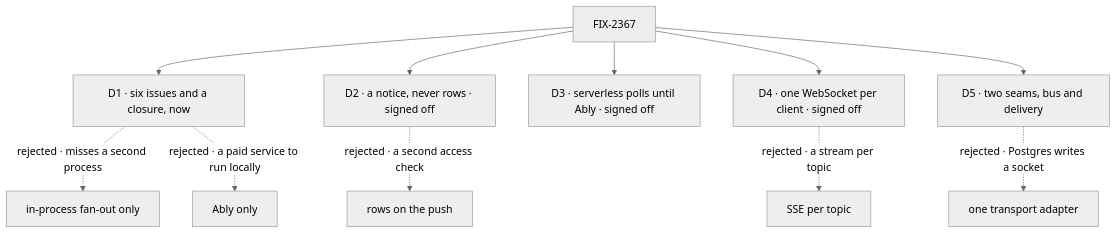
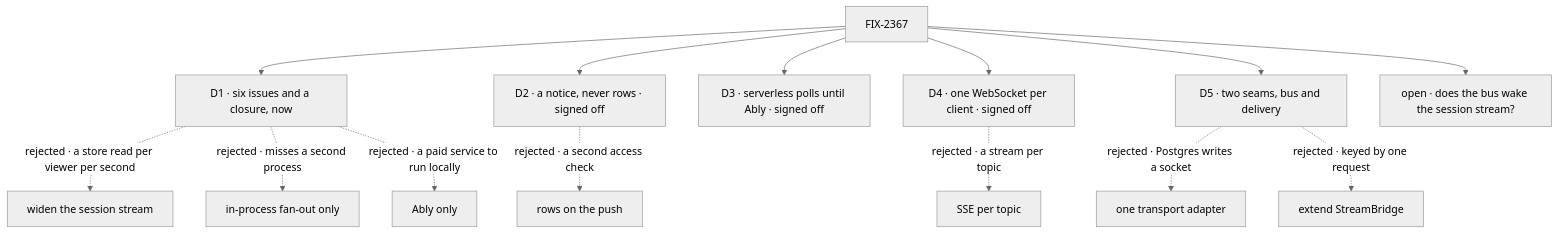
One commit to fixpoint-labs/flow-state-dev changed the diagram in specs/epics/FIX-2367/DECISIONS.md. Above: the diagram before and after it, drawn with Mermaid (neutral theme). The commit also changed other lines of this file and 3 other files, not shown here.

````diff
--- a/specs/epics/FIX-2367/DECISIONS.md
+++ b/specs/epics/FIX-2367/DECISIONS.md
@@ -11,13 +11,16 @@
 ```mermaid
 flowchart TD
   E["FIX-2367"] --> D1["D1 · six issues and a closure, now"]
+  D1 -.->|"rejected · a store read per viewer per second"| X1c["widen the session stream"]
   D1 -.->|"rejected · misses a second process"| X1["in-process fan-out only"]
   D1 -.->|"rejected · a paid service to run locally"| X1b["Ably only"]
   E --> D2["D2 · a notice, never rows · signed off"]
   D2 -.->|"rejected · a second access check"| X2["rows on the push"]
   E --> D3["D3 · serverless polls until Ably · signed off"]
   E --> D4["D4 · one WebSocket per client · signed off"]
   D4 -.->|"rejected · a stream per topic"| X4["SSE per topic"]
   E --> D5["D5 · two seams, bus and delivery"]
   D5 -.->|"rejected · Postgres writes a socket"| X5["one transport adapter"]
+  D5 -.->|"rejected · keyed by one request"| X5b["extend StreamBridge"]
+  E --> O1["open · does the bus wake the session stream?"]
 ```
````
